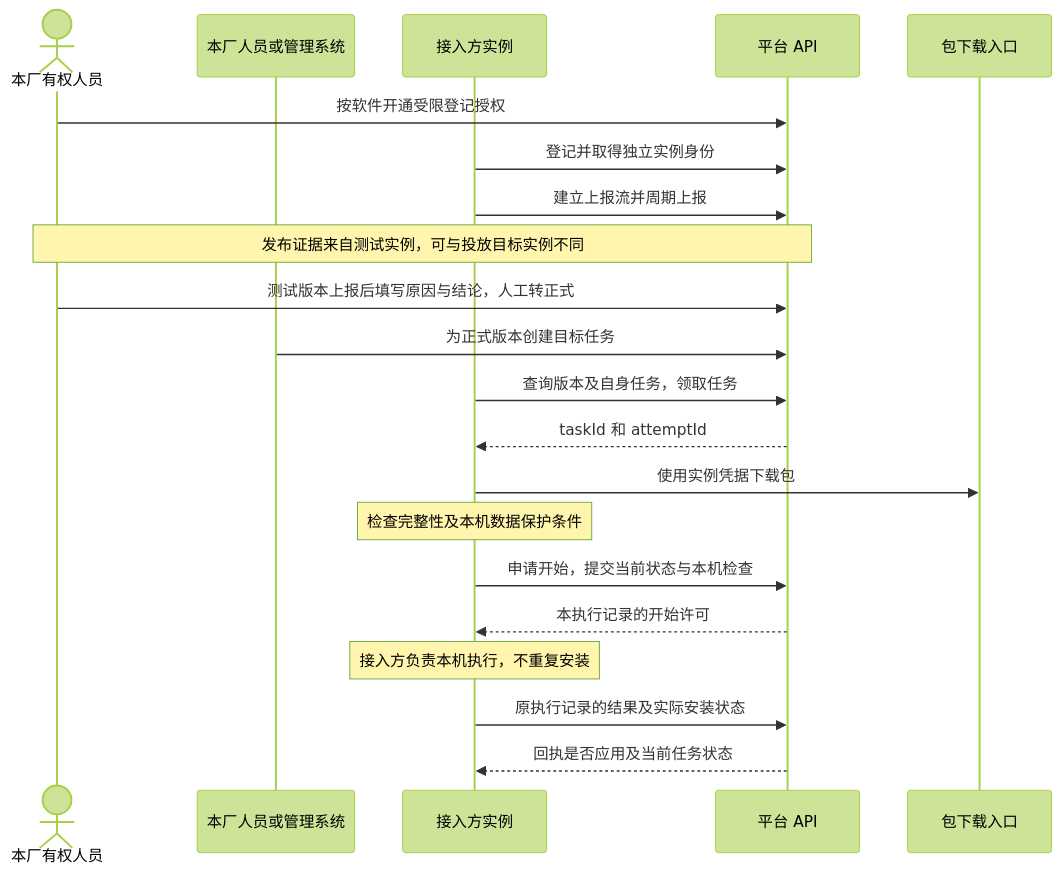
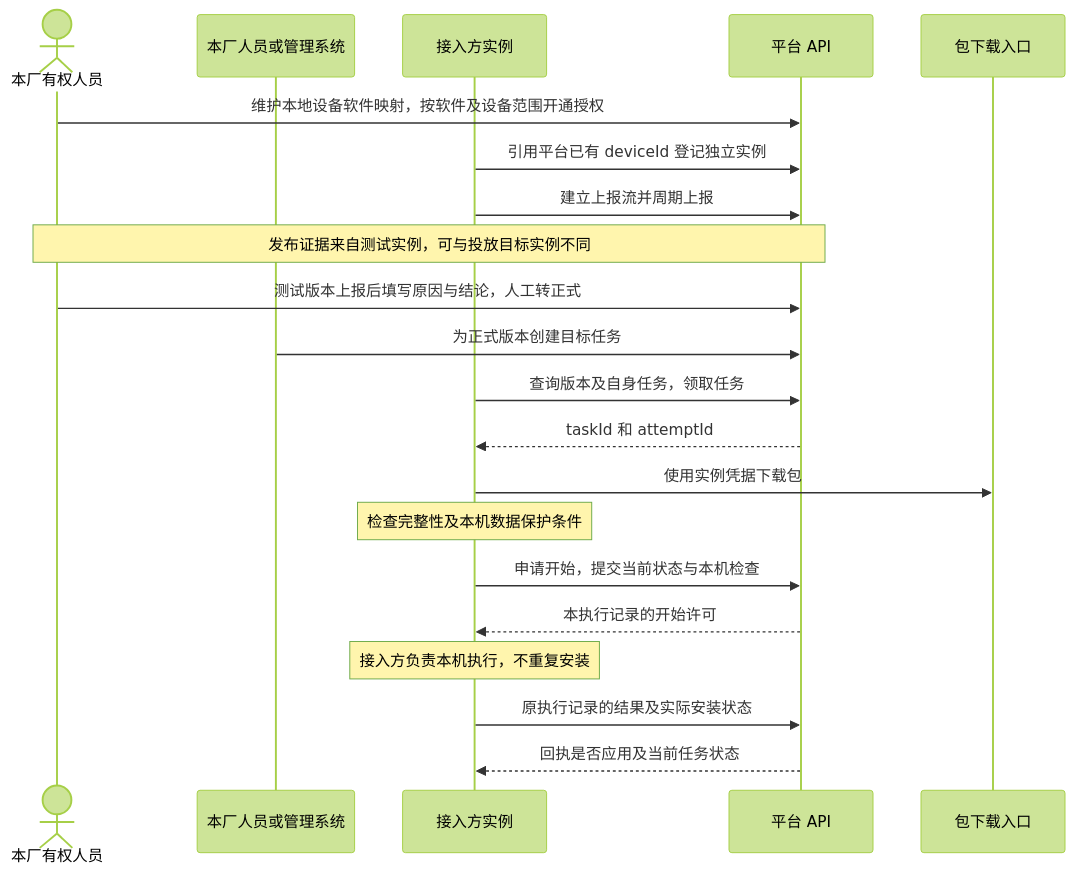
The diagram in docs/厂家接入文档.md (ShuJinHao/SoftwareVersionManagement), drawn with Mermaid (forest theme) before and after one commit. The commit also changed other lines of this file and 71 other files, not shown here.

````diff
--- a/docs/厂家接入文档.md
+++ b/docs/厂家接入文档.md
@@ -66,23 +67,23 @@
 ```mermaid
 sequenceDiagram
     actor H as 本厂有权人员
     participant A as 本厂人员或管理系统
     participant C as 接入方实例
     participant P as 平台 API
     participant N as 包下载入口
-    H->>P: 按软件开通受限登记授权
-    C->>P: 登记并取得独立实例身份
+    H->>P: 维护本地设备软件映射，按软件及设备范围开通授权
+    C->>P: 引用平台已有 deviceId 登记独立实例
     C->>P: 建立上报流并周期上报
     Note over H,P: 发布证据来自测试实例，可与投放目标实例不同
     H->>P: 测试版本上报后填写原因与结论，人工转正式
     A->>P: 为正式版本创建目标任务
     C->>P: 查询版本及自身任务，领取任务
     P-->>C: taskId 和 attemptId
     C->>N: 使用实例凭据下载包
     Note over C: 检查完整性及本机数据保护条件
     C->>P: 申请开始，提交当前状态与本机检查
     P-->>C: 本执行记录的开始许可
     Note over C: 接入方负责本机执行，不重复安装
     C->>P: 原执行记录的结果及实际安装状态
     P-->>C: 回执是否应用及当前任务状态
 ```
````
